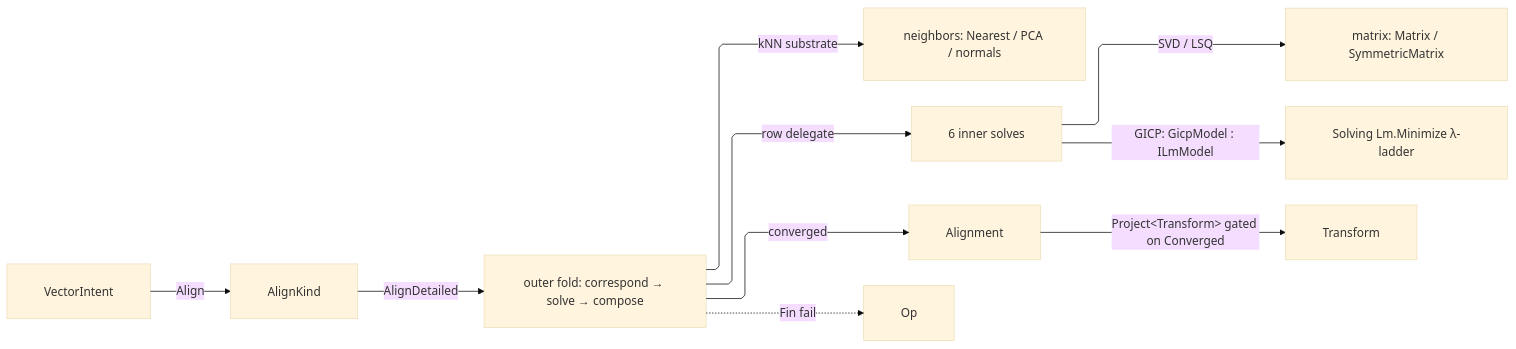
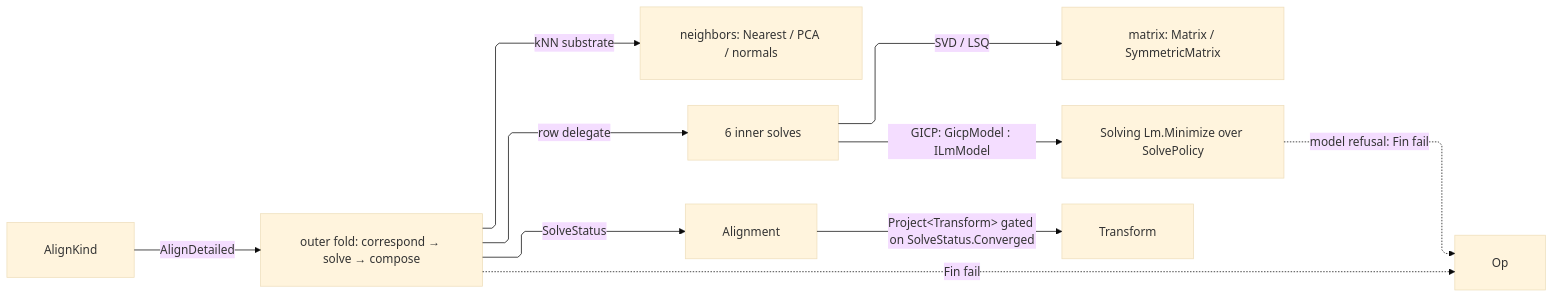
Before and after one commit to bsamiee/Rasm: the diagram in libs/dotnet/Rasm/.planning/Processing/register.md, drawn with Mermaid (base theme). The commit also changed other lines of this file and 68 other files, not shown here.

First line of the commit message:
spec: drain the Processing and Solving audits — delete the intent facade, collapse wrappers, and land package-depth folds

````diff
--- a/libs/dotnet/Rasm/.planning/Processing/register.md
+++ b/libs/dotnet/Rasm/.planning/Processing/register.md
@@ -689,21 +669,21 @@
 ```mermaid
 ---
 config:
   layout: elk
   flowchart:
     curve: linear
     padding: 25
 ---
 flowchart LR
     accTitle: Registration dispatch
     accDescr: Alignment flows through neighborhood correspondence, solver rows, matrix owners, and a gated transform.
-    VectorIntent -->|Align| AlignKind
     AlignKind -->|AlignDetailed| Fold["outer fold: correspond → solve → compose"]
     Fold -->|kNN substrate| Neighbors["neighbors: Nearest / PCA / normals"]
     Fold -->|row delegate| Solvers["6 inner solves"]
     Solvers -->|SVD / LSQ| MatrixOwners["matrix: Matrix / SymmetricMatrix"]
-    Solvers -->|"GICP: GicpModel : ILmModel"| Lm["Solving Lm.Minimize λ-ladder"]
-    Fold -->|converged| Alignment
-    Alignment -->|"Project&lt;Transform&gt; gated on Converged"| Transform
+    Solvers -->|"GICP: GicpModel : ILmModel"| Lm["Solving Lm.Minimize over SolvePolicy"]
+    Fold -->|SolveStatus| Alignment
+    Alignment -->|"Project&lt;Transform&gt; gated on SolveStatus.Converged"| Transform
+    Lm -.->|"model refusal: Fin fail"| Op
     Fold -.->|Fin fail| Op
 ```
````
